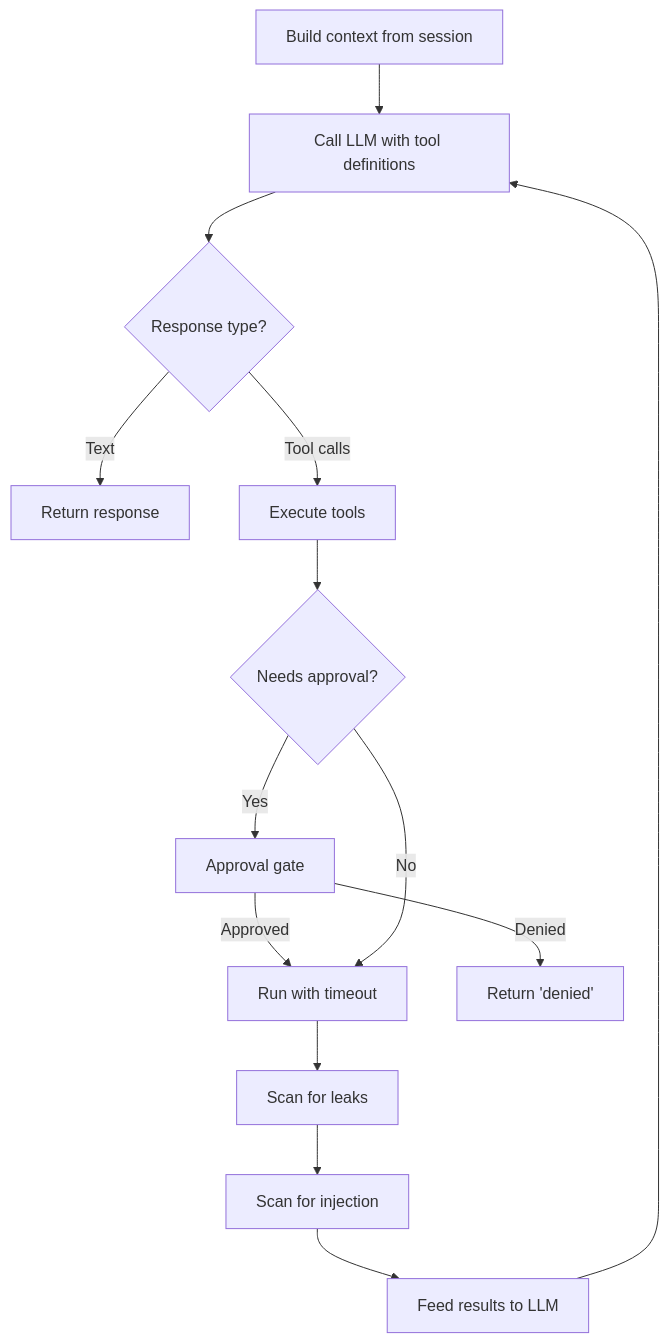
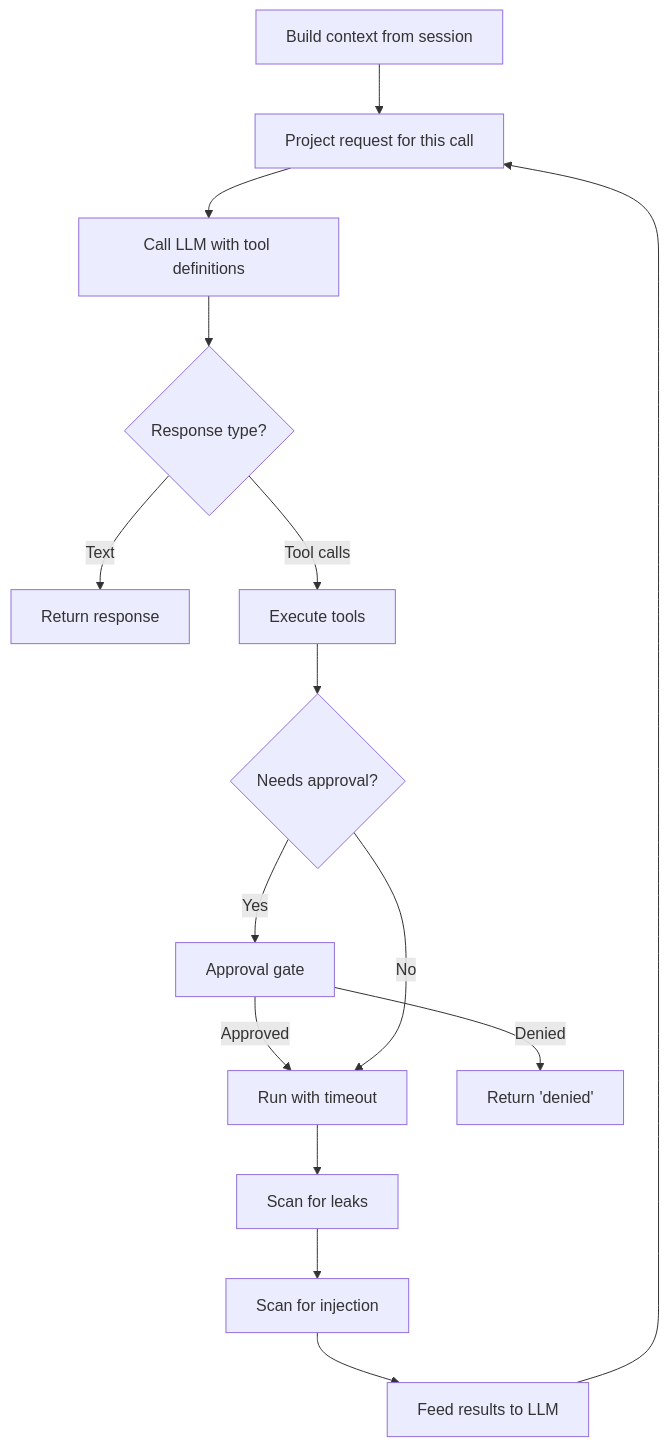
Before and after one commit to arcuru/chaz: the diagram in docs/src/architecture/react.md, drawn with Mermaid. The commit also changed other lines of this file and 17 other files, not shown here.

````diff
--- a/docs/src/architecture/react.md
+++ b/docs/src/architecture/react.md
@@ -7,16 +7,17 @@
 ```mermaid
 graph TD
-    START[Build context from session] --> CALL[Call LLM with tool definitions]
+    START[Build context from session] --> PROJECT[Project request for this call]
+    PROJECT --> CALL[Call LLM with tool definitions]
     CALL --> CHECK{Response type?}
     CHECK -->|Text| DONE[Return response]
     CHECK -->|Tool calls| EXEC[Execute tools]
     EXEC --> APPROVE{Needs approval?}
     APPROVE -->|Yes| GATE[Approval gate]
     GATE -->|Approved| RUN[Run with timeout]
     GATE -->|Denied| DENY[Return 'denied']
     APPROVE -->|No| RUN
     RUN --> SCAN[Scan for leaks]
     SCAN --> INJECT[Scan for injection]
     INJECT --> FEED[Feed results to LLM]
-    FEED --> CALL
+    FEED --> PROJECT
 ```
````
